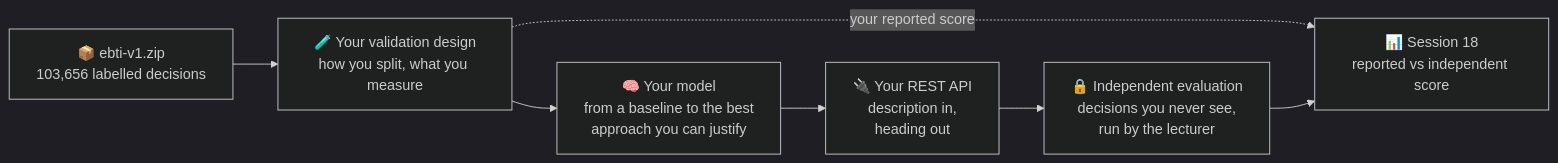
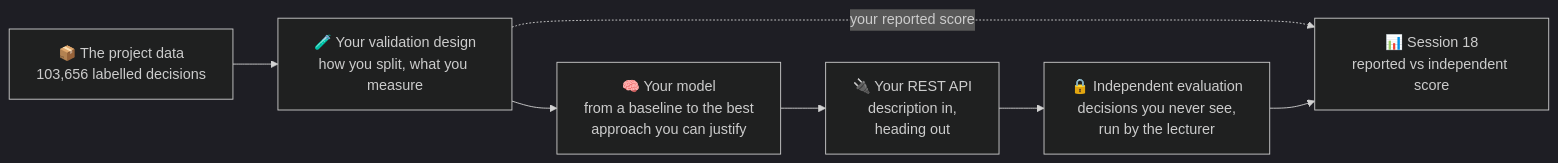
One commit to khoadaniel/statistical-programming-mpmd-htw-ws-2026 changed the first of 2 diagrams in sessions/17-18-final-presentations/final-project.md. Above: the diagram before and after it, drawn with Mermaid (dark theme). The commit also changed other lines of this file and 12 other files, not shown here.

````diff
--- a/sessions/17-18-final-presentations/final-project.md
+++ b/sessions/17-18-final-presentations/final-project.md
@@ -7,9 +7,9 @@
 ```mermaid
 flowchart LR
-  A["📦 ebti-v1.zip<br/>103,656 labelled decisions"] --> B["🧪 Your validation design<br/>how you split, what you measure"]
+  A["📦 The project data<br/>103,656 labelled decisions"] --> B["🧪 Your validation design<br/>how you split, what you measure"]
   B --> C["🧠 Your model<br/>from a baseline to the best<br/>approach you can justify"]
   C --> D["🔌 Your REST API<br/>description in,<br/>heading out"]
   D --> E["🔒 Independent evaluation<br/>decisions you never see,<br/>run by the lecturer"]
   B -. "your reported score" .-> F["📊 Session 18<br/>reported vs independent score"]
   E --> F
 ```
````
